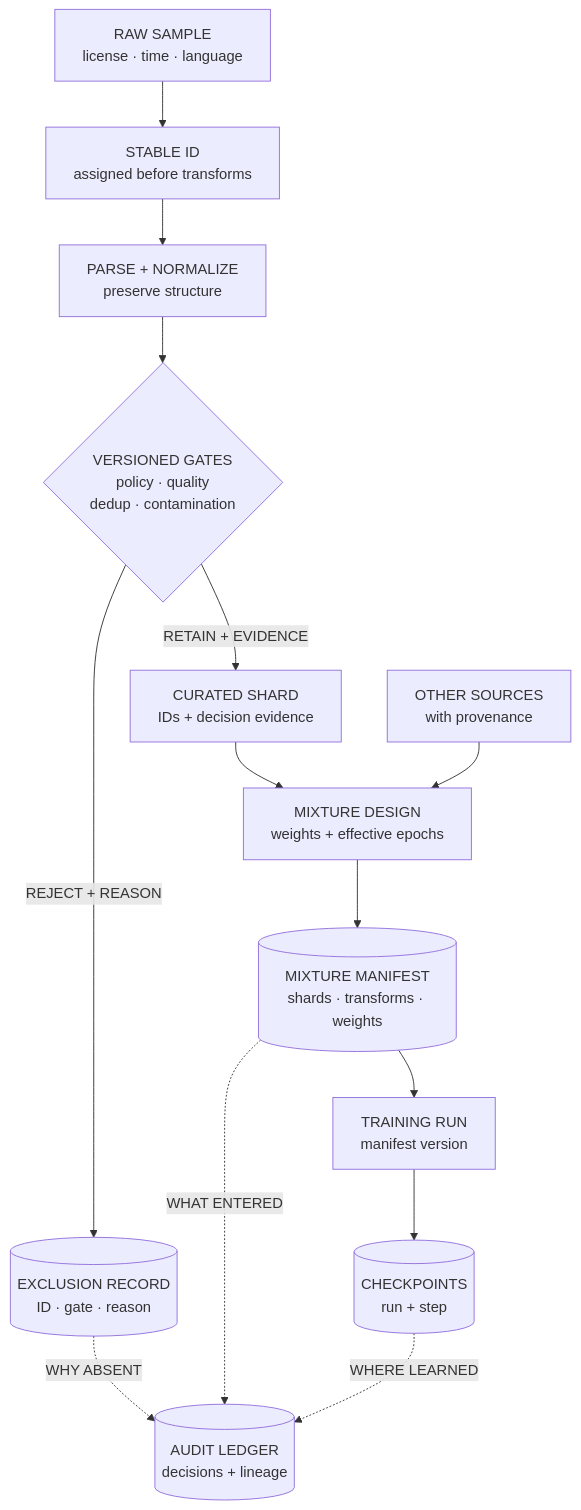
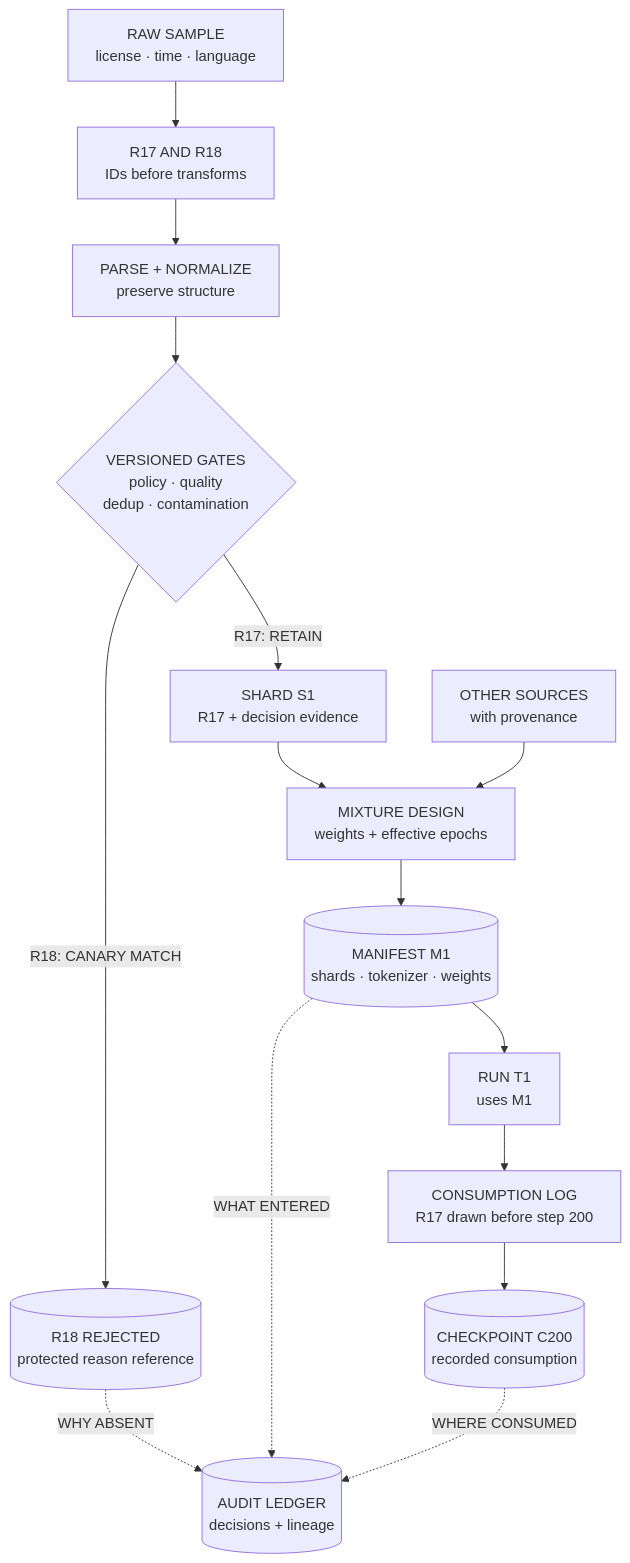
Before and after one commit to mlmentorship/mlmentorship.github.io: the diagram in src/content/posts/2026-07-11-foundation-model-data-curation.md, drawn with Mermaid. The commit also changed other lines of this file and 258 other files, not shown here.

````diff
--- a/src/content/posts/2026-07-11-foundation-model-data-curation.md
+++ b/src/content/posts/2026-07-11-foundation-model-data-curation.md
@@ -22,34 +24,35 @@
 ```mermaid
 flowchart TB
 	accTitle: Curation preserves a sample's lineage from source to checkpoint
-	accDescr: A raw source sample receives a stable identifier before parsing and normalization. Versioned policy, quality, deduplication, and contamination gates either reject it with a recorded reason or retain it with decision evidence. Retained samples become curated source shards. Explicit source weights and effective-epoch limits combine those shards with other curated sources in an immutable mixture manifest. The manifest identifies a training run and its checkpoints. An audit ledger records the source, transformation and gate versions, exclusion reasons, mixture manifest, run, and checkpoints, making both rejected samples and retained samples traceable.
+	accDescr: Hypothetical records R17 and R18 receive identifiers before parsing. R17 retains code structure and passes into shard S1. R18 is rejected for a synthetic secret-canary match, with a protected reason record. Manifest M1 fixes curated shards, transformations, tokenizer, source weights and exclusions. Run T1 uses M1. An actual-consumption record shows that R17 was drawn before checkpoint C200. An audit ledger links decisions and consumption; deleting the raw record does not erase the checkpoint.
 	Raw["RAW SAMPLE<br/>license · time · language"]
-	Identity["STABLE ID<br/>assigned before transforms"]
+	Identity["R17 AND R18<br/>IDs before transforms"]
 	Normalize["PARSE + NORMALIZE<br/>preserve structure"]
 	Gates{"VERSIONED GATES<br/>policy · quality<br/>dedup · contamination"}
-	Reject[("EXCLUSION RECORD<br/>ID · gate · reason")]
-	Shard["CURATED SHARD<br/>IDs + decision evidence"]
+	Reject[("R18 REJECTED<br/>protected reason reference")]
+	Shard["SHARD S1<br/>R17 + decision evidence"]
 	Others["OTHER SOURCES<br/>with provenance"]
 	Weights["MIXTURE DESIGN<br/>weights + effective epochs"]
-	Manifest[("MIXTURE MANIFEST<br/>shards · transforms · weights")]
-	Run["TRAINING RUN<br/>manifest version"]
-	Checkpoints[("CHECKPOINTS<br/>run + step")]
+	Manifest[("MANIFEST M1<br/>shards · tokenizer · weights")]
+	Run["RUN T1<br/>uses M1"]
+	Usage["CONSUMPTION LOG<br/>R17 drawn before step 200"]
+	Checkpoints[("CHECKPOINT C200<br/>recorded consumption")]
 	Audit[("AUDIT LEDGER<br/>decisions + lineage")]
 
 	Raw --> Identity --> Normalize --> Gates
-	Gates -->|"REJECT + REASON"| Reject
-	Gates -->|"RETAIN + EVIDENCE"| Shard
+	Gates -->|"R18: CANARY MATCH"| Reject
+	Gates -->|"R17: RETAIN"| Shard
 	Shard --> Weights
 	Others --> Weights
-	Weights --> Manifest --> Run --> Checkpoints
+	Weights --> Manifest --> Run --> Usage --> Checkpoints
 	Reject -.->|"WHY ABSENT"| Audit
 	Manifest -.->|"WHAT ENTERED"| Audit
-	Checkpoints -.->|"WHERE LEARNED"| Audit
+	Checkpoints -.->|"WHERE CONSUMED"| Audit
 
 	class Raw,Identity,Others viz-input
 	class Normalize,Gates,Weights viz-focus
 	class Reject viz-warning
 	class Shard,Checkpoints viz-output
-	class Manifest,Run,Audit viz-state
+	class Manifest,Run,Usage,Audit viz-state
 	class Raw viz-tall
 ```
````
